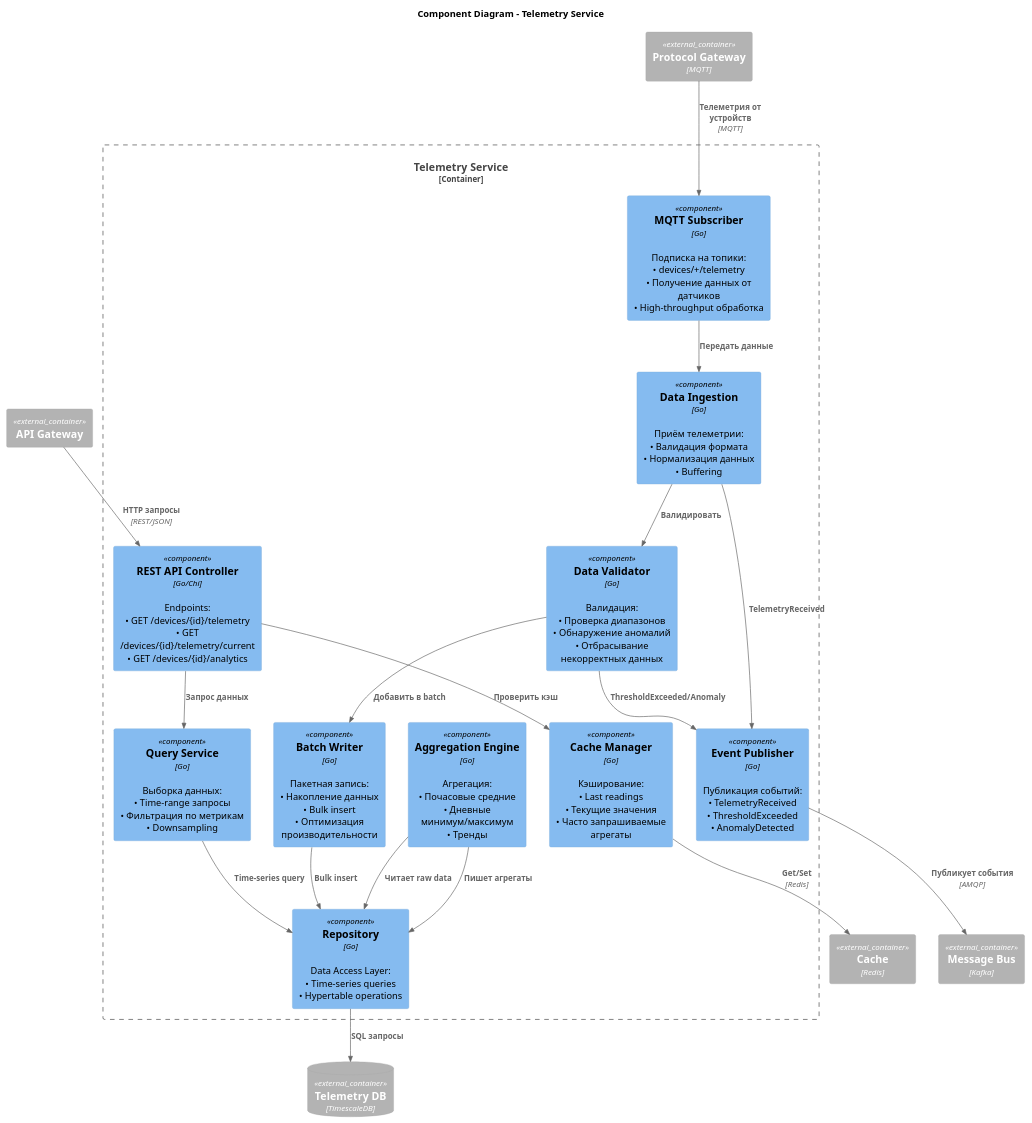
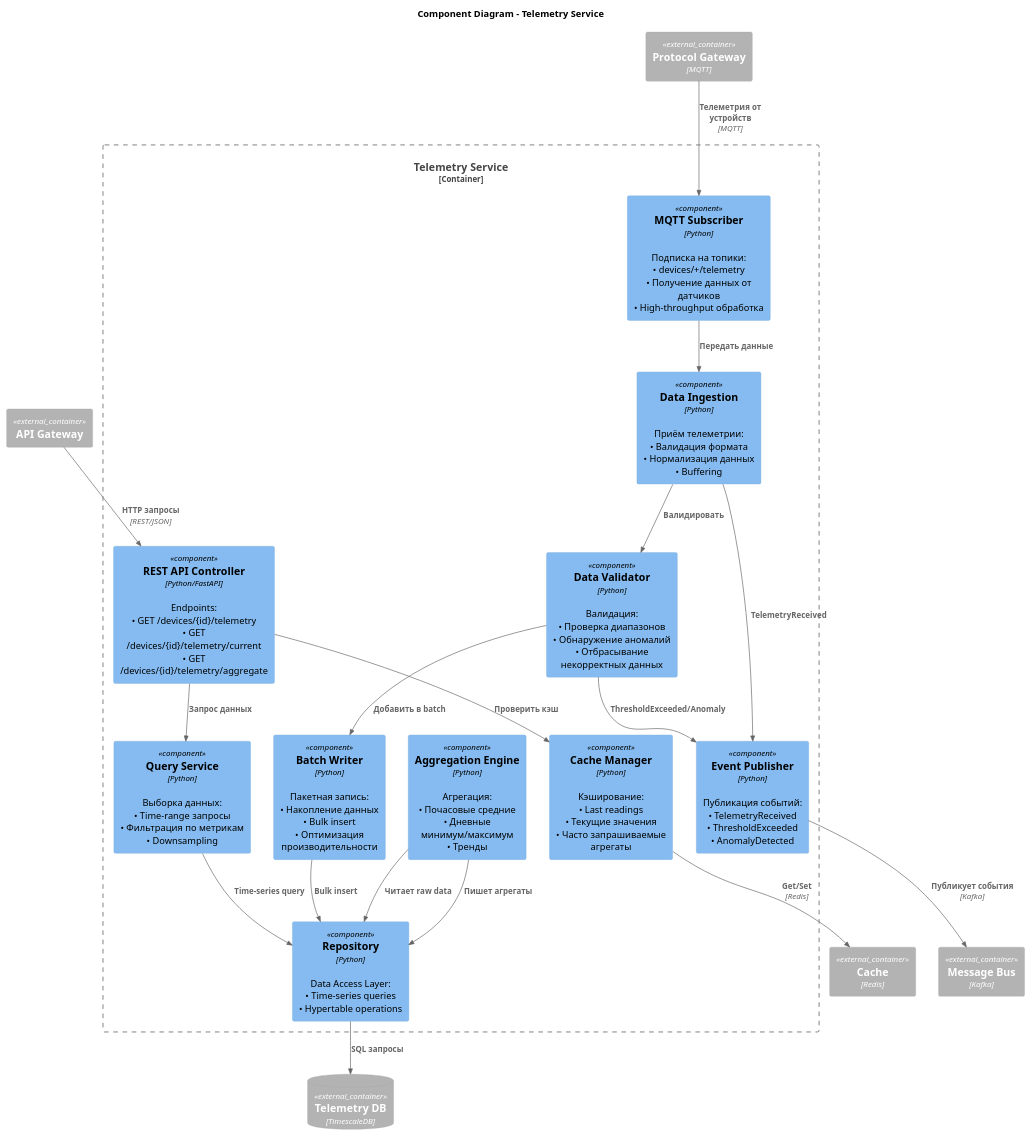
The diagram in schemas/to_be/telemetry-service-componetns.puml (Vrg26/pro-warmhouse), drawn with PlantUML before and after one commit. The commit also changed 7 other files, not shown here.

Commit message:
fix diagrams

```diff
--- a/schemas/to_be/telemetry-service-componetns.puml
+++ b/schemas/to_be/telemetry-service-componetns.puml
@@ -1,58 +1,58 @@
 @startuml
 !includeurl ../C4-lib/c4_Component.puml
 
 
 title Component Diagram - Telemetry Service
 
 Container_Ext(apiGateway, "API Gateway")
 Container_Ext(protocolGateway, "Protocol Gateway", "MQTT", "")
 Container_Ext(messageBus, "Message Bus", "Kafka", "")
 Container_Ext(cache, "Cache", "Redis", "")
 ContainerDb_Ext(telemetryDb, "Telemetry DB", "TimescaleDB", "")
 
 Container_Boundary(telemetry, "Telemetry Service") {
     
-    Component(restApi, "REST API Controller", "Go/Chi", "Endpoints:\n• GET /devices/{id}/telemetry\n• GET /devices/{id}/telemetry/current\n• GET /devices/{id}/analytics")
+    Component(restApi, "REST API Controller", "Python/FastAPI", "Endpoints:\n• GET /devices/{id}/telemetry\n• GET /devices/{id}/telemetry/current\n• GET /devices/{id}/telemetry/aggregate")
     
-    Component(mqttSubscriber, "MQTT Subscriber", "Go", "Подписка на топики:\n• devices/+/telemetry\n• Получение данных от датчиков\n• High-throughput обработка")
+    Component(mqttSubscriber, "MQTT Subscriber", "Python", "Подписка на топики:\n• devices/+/telemetry\n• Получение данных от датчиков\n• High-throughput обработка")
     
-    Component(dataIngestion, "Data Ingestion", "Go", "Приём телеметрии:\n• Валидация формата\n• Нормализация данных\n• Buffering")
+    Component(dataIngestion, "Data Ingestion", "Python", "Приём телеметрии:\n• Валидация формата\n• Нормализация данных\n• Buffering")
     
-    Component(dataValidator, "Data Validator", "Go", "Валидация:\n• Проверка диапазонов\n• Обнаружение аномалий\n• Отбрасывание некорректных данных")
+    Component(dataValidator, "Data Validator", "Python", "Валидация:\n• Проверка диапазонов\n• Обнаружение аномалий\n• Отбрасывание некорректных данных")
     
-    Component(batchWriter, "Batch Writer", "Go", "Пакетная запись:\n• Накопление данных\n• Bulk insert\n• Оптимизация производительности")
+    Component(batchWriter, "Batch Writer", "Python", "Пакетная запись:\n• Накопление данных\n• Bulk insert\n• Оптимизация производительности")
     
-    Component(aggregationEngine, "Aggregation Engine", "Go", "Агрегация:\n• Почасовые средние\n• Дневные минимум/максимум\n• Тренды")
+    Component(aggregationEngine, "Aggregation Engine", "Python", "Агрегация:\n• Почасовые средние\n• Дневные минимум/максимум\n• Тренды")
     
-    Component(queryService, "Query Service", "Go", "Выборка данных:\n• Time-range запросы\n• Фильтрация по метрикам\n• Downsampling")
+    Component(queryService, "Query Service", "Python", "Выборка данных:\n• Time-range запросы\n• Фильтрация по метрикам\n• Downsampling")
     
-    Component(eventPublisher, "Event Publisher", "Go", "Публикация событий:\n• TelemetryReceived\n• ThresholdExceeded\n• AnomalyDetected")
+    Component(eventPublisher, "Event Publisher", "Python", "Публикация событий:\n• TelemetryReceived\n• ThresholdExceeded\n• AnomalyDetected")
     
-    Component(cacheManager, "Cache Manager", "Go", "Кэширование:\n• Last readings\n• Текущие значения\n• Часто запрашиваемые агрегаты")
+    Component(cacheManager, "Cache Manager", "Python", "Кэширование:\n• Last readings\n• Текущие значения\n• Часто запрашиваемые агрегаты")
     
-    Component(repository, "Repository", "Go", "Data Access Layer:\n• Time-series queries\n• Hypertable operations")
+    Component(repository, "Repository", "Python", "Data Access Layer:\n• Time-series queries\n• Hypertable operations")
 }
 
 Rel(protocolGateway, mqttSubscriber, "Телеметрия от устройств", "MQTT")
 Rel(mqttSubscriber, dataIngestion, "Передать данные")
 Rel(dataIngestion, dataValidator, "Валидировать")
 Rel(dataValidator, batchWriter, "Добавить в batch")
 Rel(batchWriter, repository, "Bulk insert")
 Rel(dataIngestion, eventPublisher, "TelemetryReceived")
 
 Rel(apiGateway, restApi, "HTTP запросы", "REST/JSON")
 Rel(restApi, cacheManager, "Проверить кэш")
 Rel(cacheManager, cache, "Get/Set", "Redis")
 Rel(restApi, queryService, "Запрос данных")
 Rel(queryService, repository, "Time-series query")
 
 Rel(aggregationEngine, repository, "Читает raw data")
 Rel(aggregationEngine, repository, "Пишет агрегаты")
 
 Rel(dataValidator, eventPublisher, "ThresholdExceeded/Anomaly")
 
 Rel(repository, telemetryDb, "SQL запросы")
 
-Rel(eventPublisher, messageBus, "Публикует события", "AMQP")
+Rel(eventPublisher, messageBus, "Публикует события", "Kafka")
 
 @enduml
```
